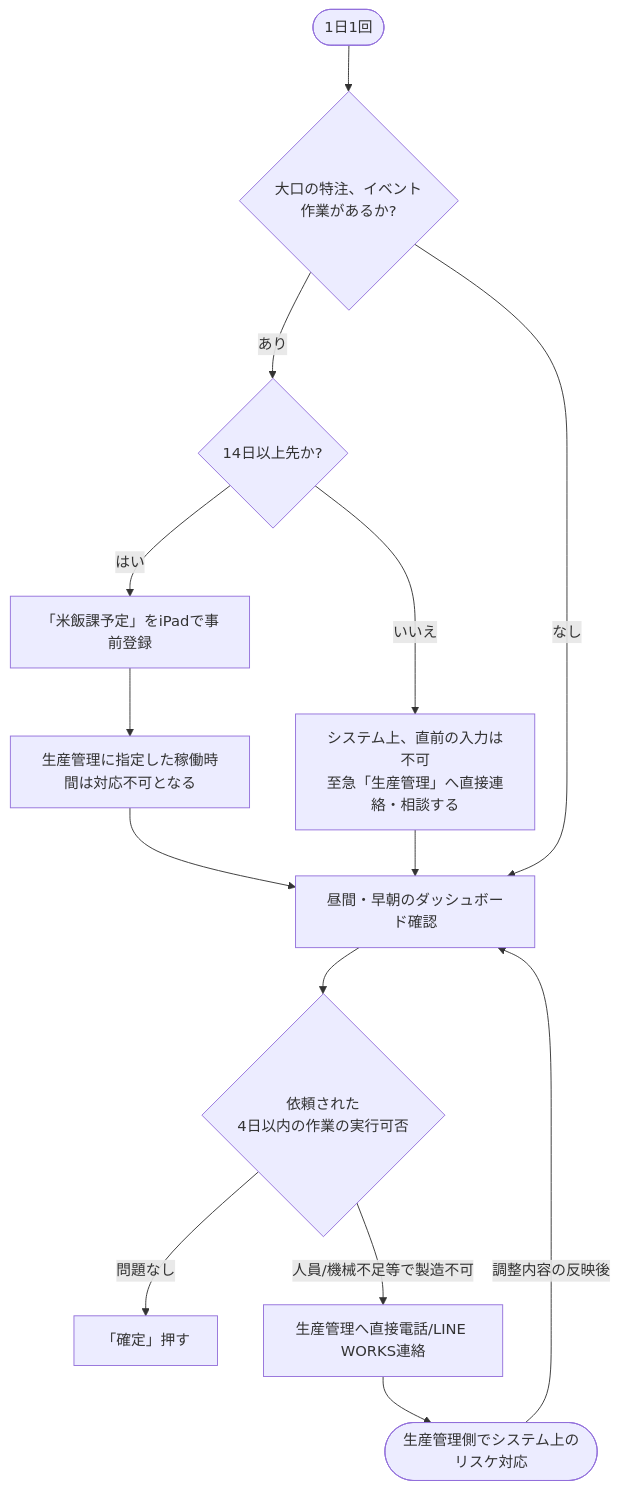
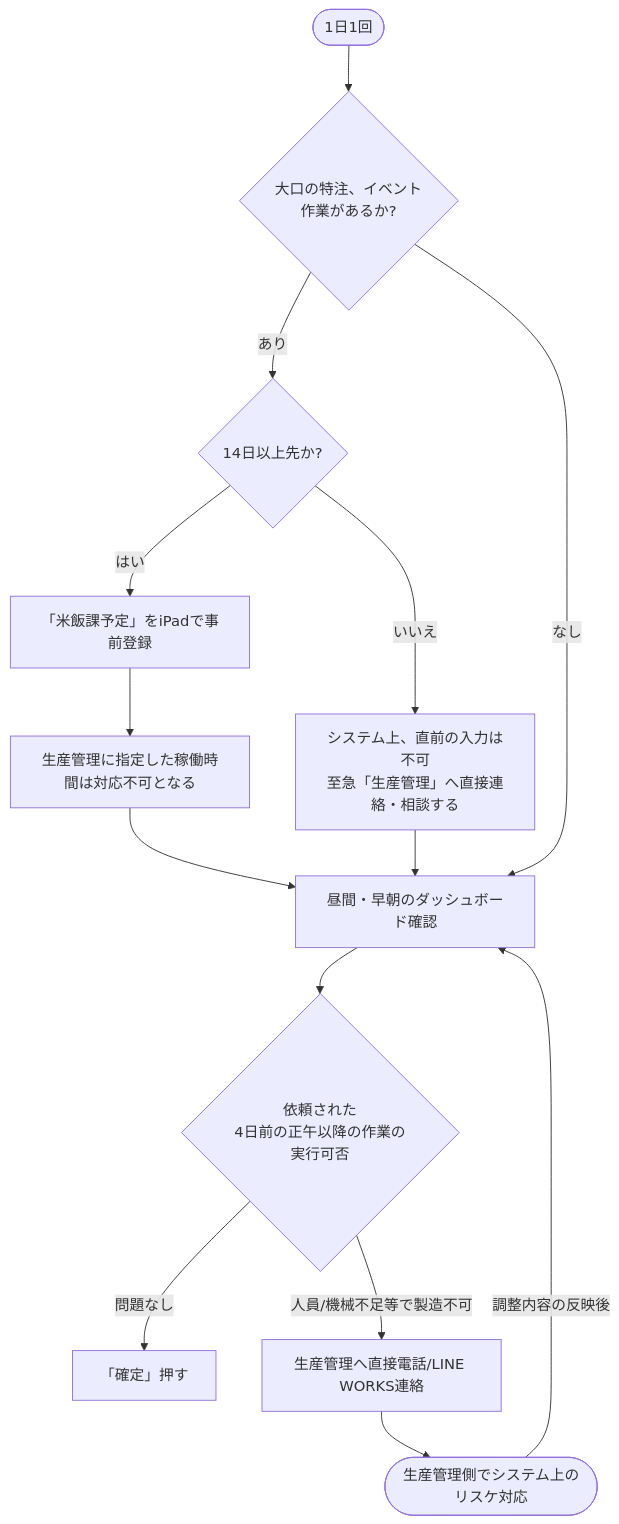
Before and after one commit to mihiro10/beihanka_irai_docs: the diagram in user_guides/rice_department.md, drawn with Mermaid.

Commit message:
docs: fix missed occurrence of 4-day rule in rice dept flowchart

````diff
--- a/user_guides/rice_department.md
+++ b/user_guides/rice_department.md
@@ -13,16 +13,16 @@
 ```mermaid
 flowchart TB
     A(["1日1回"]) --> B{"大口の特注、イベント<br>作業があるか?"}
     B -- あり --> C{"14日以上先か?"}
     C -- はい --> D["「米飯課予定」をiPadで事前登録"]
     C -- いいえ --> E["システム上、直前の入力は不可<br>至急「生産管理」へ直接連絡・相談する"]
     D --> F["生産管理に指定した稼働時間は対応不可となる"]
     F --> G["昼間・早朝のダッシュボード確認"]
     B -- なし --> G
     E --> G
-    G --> H{"依頼された<br>4日以内の作業の実行可否"}
+    G --> H{"依頼された<br>4日前の正午以降の作業の実行可否"}
     H -- 問題なし --> I["「確定」押す"]
     H -- 人員/機械不足等で製造不可 --> K["生産管理へ直接電話/LINE WORKS連絡"]
     K --> L(["生産管理側でシステム上のリスケ対応"])
     L -- 調整内容の反映後 --> G
 ```
````
